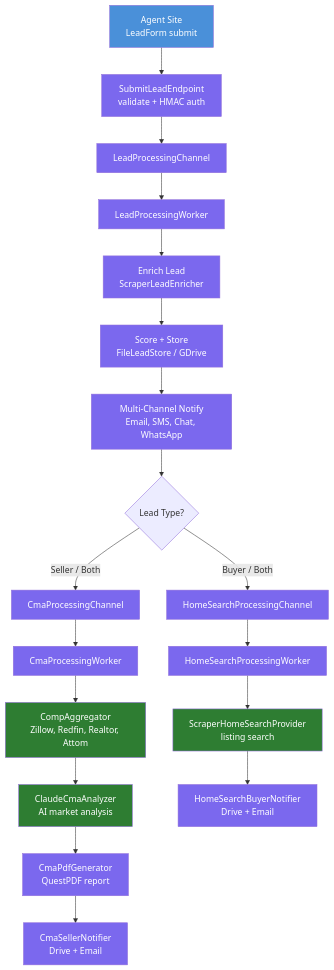
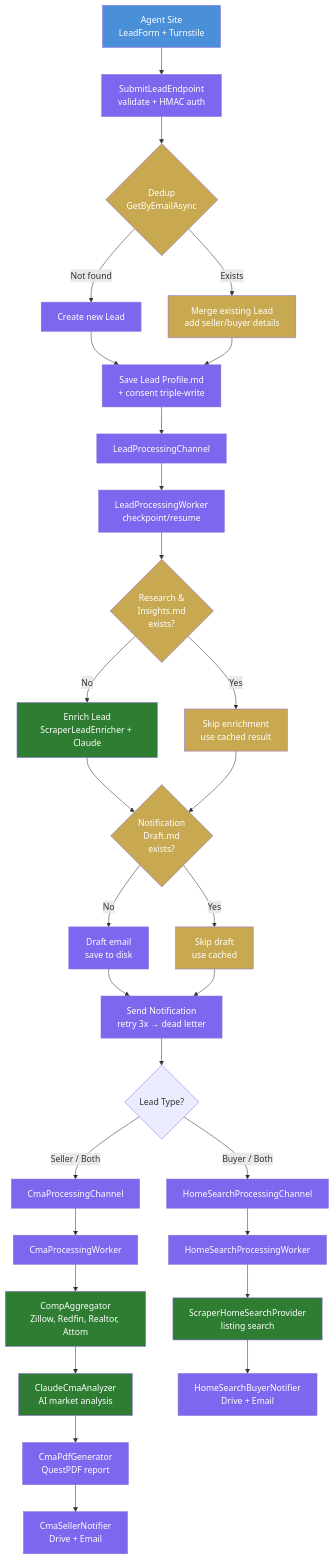
The diagram in docs/architecture/lead-processing-pipeline.md (edward-rosado/jenisesells-website), drawn with Mermaid before and after one commit. The commit also changed other lines of this file and 1 other file, not shown here.

Commit message:
docs: update CLAUDE.md and lead pipeline diagram for checkpoint/resume pattern
- CLAUDE.md: updated File Storage section (LeadFileStore rename, LocalStorageProvider),
  added Lead Pipeline Architecture section with checkpoint/resume flow,
  added Docker/Production Notes section
- Lead Processing Pipeline diagram: added dedup decision, checkpoint nodes,
  skip paths, status progression table, retry/dead letter docs

````diff
--- a/docs/architecture/lead-processing-pipeline.md
+++ b/docs/architecture/lead-processing-pipeline.md
@@ -5,12 +6,23 @@
 ```mermaid
 flowchart TD
-    Submit["Agent Site<br/>LeadForm submit"]
+    Submit["Agent Site<br/>LeadForm + Turnstile"]
     Endpoint["SubmitLeadEndpoint<br/>validate + HMAC auth"]
+    Dedup{"Dedup<br/>GetByEmailAsync"}
+    NewLead["Create new Lead"]
+    UpdateLead["Merge existing Lead<br/>add seller/buyer details"]
+    Save["Save Lead Profile.md<br/>+ consent triple-write"]
     LeadCh["LeadProcessingChannel"]
-    LeadWorker["LeadProcessingWorker"]
-    Enrich["Enrich Lead<br/>ScraperLeadEnricher"]
-    Score["Score + Store<br/>FileLeadStore / GDrive"]
-    Notify["Multi-Channel Notify<br/>Email, SMS, Chat, WhatsApp"]
+    LeadWorker["LeadProcessingWorker<br/>checkpoint/resume"]
+
+    CheckEnrich{"Research &<br/>Insights.md<br/>exists?"}
+    Enrich["Enrich Lead<br/>ScraperLeadEnricher + Claude"]
+    SkipEnrich["Skip enrichment<br/>use cached result"]
+
+    CheckDraft{"Notification<br/>Draft.md<br/>exists?"}
+    Draft["Draft email<br/>save to disk"]
+    SkipDraft["Skip draft<br/>use cached"]
+
+    Notify["Send Notification<br/>retry 3x → dead letter"]
 
     Decision{"Lead Type?"}
 
@@ -27,11 +39,25 @@
     HsNotify["HomeSearchBuyerNotifier<br/>Drive + Email"]
 
     Submit --> Endpoint
-    Endpoint --> LeadCh
+    Endpoint --> Dedup
+    Dedup -->|"Not found"| NewLead
+    Dedup -->|"Exists"| UpdateLead
+    NewLead --> Save
+    UpdateLead --> Save
+    Save --> LeadCh
     LeadCh --> LeadWorker
-    LeadWorker --> Enrich
-    Enrich --> Score
-    Score --> Notify
+
+    LeadWorker --> CheckEnrich
+    CheckEnrich -->|"No"| Enrich
+    CheckEnrich -->|"Yes"| SkipEnrich
+    Enrich --> CheckDraft
+    SkipEnrich --> CheckDraft
+
+    CheckDraft -->|"No"| Draft
+    CheckDraft -->|"Yes"| SkipDraft
+    Draft --> Notify
+    SkipDraft --> Notify
+
     Notify --> Decision
 
     Decision -->|"Seller / Both"| CmaCh
@@ -49,10 +75,18 @@
 
     style Submit fill:#4A90D9,color:#fff
     style Endpoint fill:#7B68EE,color:#fff
+    style Dedup fill:#C8A951,color:#fff
+    style NewLead fill:#7B68EE,color:#fff
+    style UpdateLead fill:#C8A951,color:#fff
+    style Save fill:#7B68EE,color:#fff
     style LeadCh fill:#7B68EE,color:#fff
     style LeadWorker fill:#7B68EE,color:#fff
-    style Enrich fill:#7B68EE,color:#fff
-    style Score fill:#7B68EE,color:#fff
+    style CheckEnrich fill:#C8A951,color:#fff
+    style Enrich fill:#2E7D32,color:#fff
+    style SkipEnrich fill:#C8A951,color:#fff
+    style CheckDraft fill:#C8A951,color:#fff
+    style Draft fill:#7B68EE,color:#fff
+    style SkipDraft fill:#C8A951,color:#fff
     style Notify fill:#7B68EE,color:#fff
     style CmaCh fill:#7B68EE,color:#fff
     style CmaWorker fill:#7B68EE,color:#fff
````
